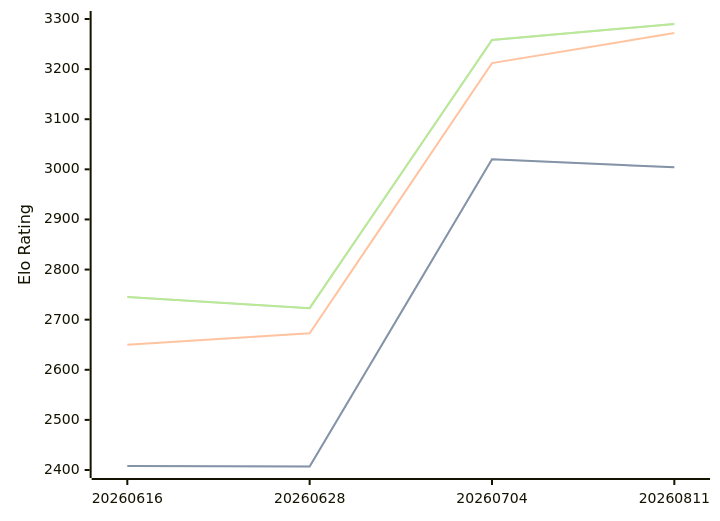
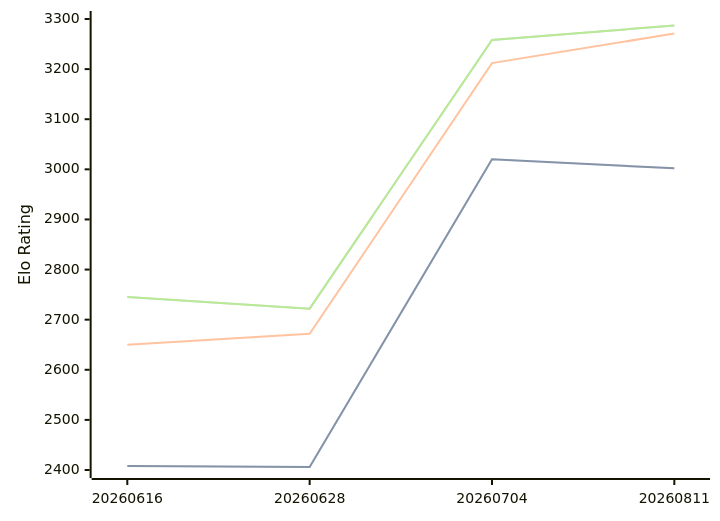
Before and after one commit to computer-chess-index/cci: the diagram in engines/Askaig.md, drawn with Mermaid. The commit also changed other lines of this file, not shown here.

Commit message:
Update CCI Ratings (ELO VLTC) - 2026-09-11

````diff
--- a/engines/Askaig.md
+++ b/engines/Askaig.md
@@ -36,11 +36,11 @@
 ```mermaid
 %%{init: {"theme":"base","themeVariables":{"seriesColors:['#a3a3a3','#222221','#faa371']}}}%%
 xychart-beta
   x-axis ["20260616", "20260628", "20260704", "20260811"]
   y-axis "Elo Rating" 2400 --> 3300
-  line "" [2408, 2407, 3020, 3004]
-  line "STC (8.0+0.08s)" [2408, 2407, 3020, 3004]
-  line "LTC (60.0+0.60s)" [2650, 2673, 3212, 3272]
-  line "" [2745, 2723, 3258, 3290]
-  line "VLTC (2m24s+1.12s)" [2745, 2723, 3258, 3290]
+  line "" [2408, 2406, 3020, 3002]
+  line "STC (8.0+0.08s)" [2408, 2406, 3020, 3002]
+  line "LTC (60.0+0.60s)" [2650, 2672, 3212, 3271]
+  line "" [2745, 2722, 3258, 3287]
+  line "VLTC (2m24s+1.12s)" [2745, 2722, 3258, 3287]
 ```
````
